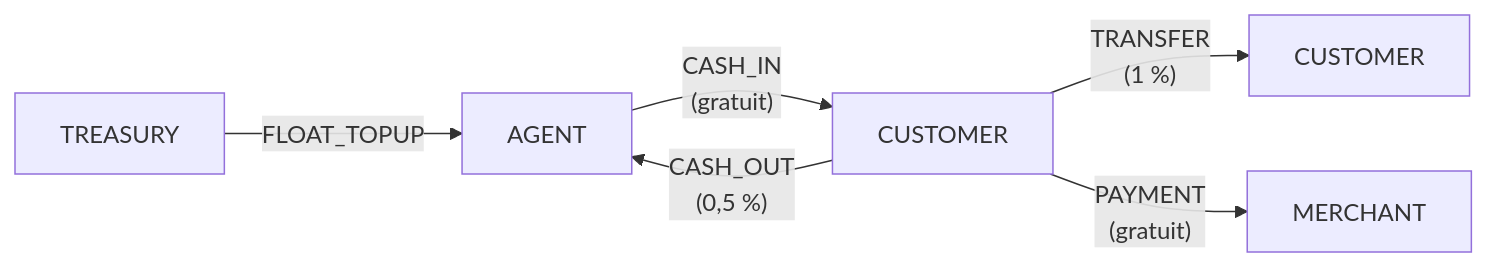
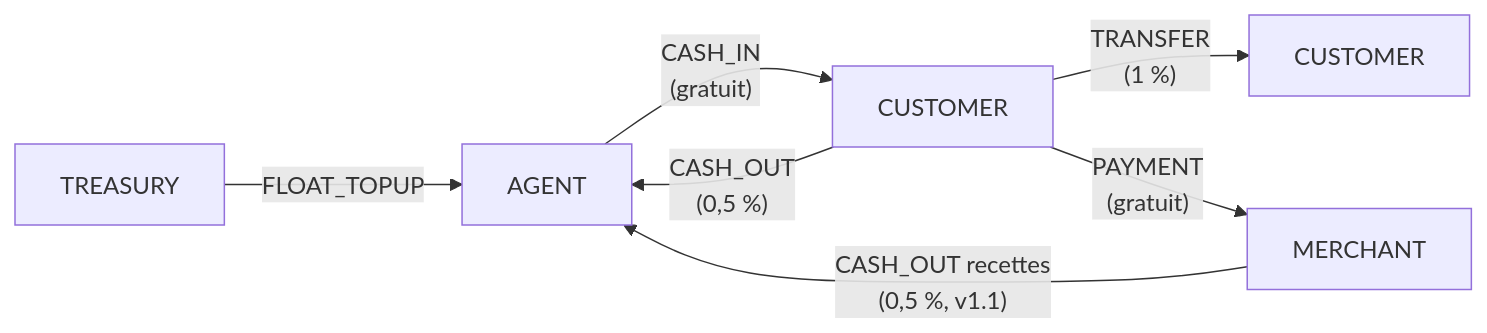
One commit to AlouCoding/kaarangepay-data-platform changed the second of 7 diagrams in docs/GUIDE-FR.md. Above: the diagram before and after it, drawn with Mermaid. The commit also changed other lines of this file and 9 other files, not shown here.

Commit message:
feat(generator): v1.1 balanced money flows, merchant cash-out, build cache

````diff
--- a/docs/GUIDE-FR.md
+++ b/docs/GUIDE-FR.md
@@ -41,8 +41,9 @@
 ```mermaid
 flowchart LR
     T["TREASURY"] -->|"FLOAT_TOPUP"| A["AGENT"]
     A -->|"CASH_IN<br/>(gratuit)"| C1["CUSTOMER"]
     C1 -->|"CASH_OUT<br/>(0,5 %)"| A
+    M -->|"CASH_OUT recettes<br/>(0,5 %, v1.1)"| A
     C1 -->|"TRANSFER<br/>(1 %)"| C2["CUSTOMER"]
     C1 -->|"PAYMENT<br/>(gratuit)"| M["MERCHANT"]
 ```
````
